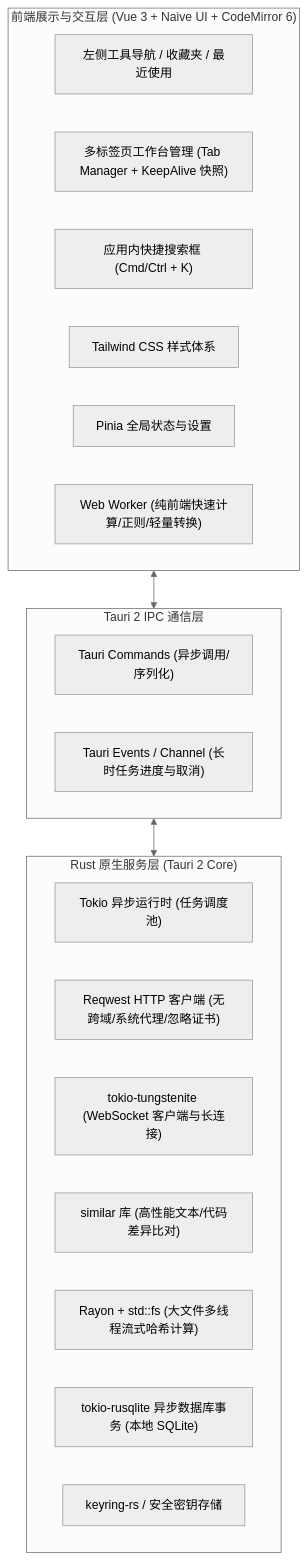
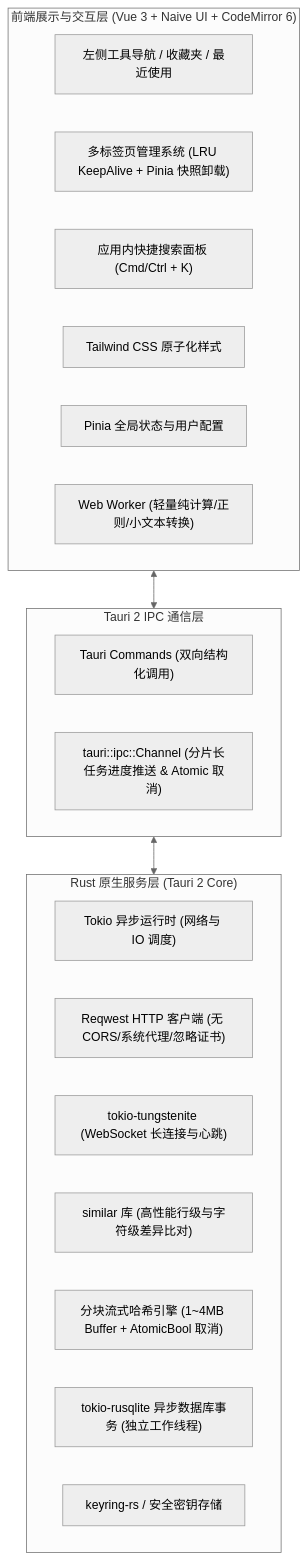
Before and after one commit to nice-buddy/devUtils: the first of 2 diagrams in docs/superpowers/specs/2026-09-22-developer-toolbox-design.md, drawn with Mermaid (neutral theme). The commit also changed other lines of this file, not shown here.

````diff
--- a/docs/superpowers/specs/2026-09-22-developer-toolbox-design.md
+++ b/docs/superpowers/specs/2026-09-22-developer-toolbox-design.md
@@ -40,29 +40,29 @@
 ```mermaid
 flowchart TD
     subgraph Frontend["前端展示与交互层 (Vue 3 + Naive UI + CodeMirror 6)"]
         Sidebar["左侧工具导航 / 收藏夹 / 最近使用"]
-        TabManager["多标签页工作台管理 (Tab Manager + KeepAlive 快照)"]
-        CmdK["应用内快捷搜索框 (Cmd/Ctrl + K)"]
-        Tailwind["Tailwind CSS 样式体系"]
-        PiniaStore["Pinia 全局状态与设置"]
-        WebWorker["Web Worker (纯前端快速计算/正则/轻量转换)"]
+        TabManager["多标签页管理系统 (LRU KeepAlive + Pinia 快照卸载)"]
+        CmdK["应用内快捷搜索面板 (Cmd/Ctrl + K)"]
+        Tailwind["Tailwind CSS 原子化样式"]
+        PiniaStore["Pinia 全局状态与用户配置"]
+        WebWorker["Web Worker (轻量纯计算/正则/小文本转换)"]
     end
 
     subgraph TauriIPC["Tauri 2 IPC 通信层"]
-        InvokeCmd["Tauri Commands (异步调用/序列化)"]
-        EventStream["Tauri Events / Channel (长时任务进度与取消)"]
+        InvokeCmd["Tauri Commands (双向结构化调用)"]
+        EventStream["tauri::ipc::Channel (分片长任务进度推送 & Atomic 取消)"]
     end
 
     subgraph RustBackend["Rust 原生服务层 (Tauri 2 Core)"]
-        TokioTasks["Tokio 异步运行时 (任务调度池)"]
-        ReqwestClient["Reqwest HTTP 客户端 (无跨域/系统代理/忽略证书)"]
-        WSEngine["tokio-tungstenite (WebSocket 客户端与长连接)"]
-        DiffEngine["similar 库 (高性能文本/代码差异比对)"]
-        HashStream["Rayon + std::fs (大文件多线程流式哈希计算)"]
-        DB["tokio-rusqlite 异步数据库事务 (本地 SQLite)"]
+        TokioTasks["Tokio 异步运行时 (网络与 IO 调度)"]
+        ReqwestClient["Reqwest HTTP 客户端 (无 CORS/系统代理/忽略证书)"]
+        WSEngine["tokio-tungstenite (WebSocket 长连接与心跳)"]
+        DiffEngine["similar 库 (高性能行级与字符级差异比对)"]
+        HashEngine["分块流式哈希引擎 (1~4MB Buffer + AtomicBool 取消)"]
+        DB["tokio-rusqlite 异步数据库事务 (独立工作线程)"]
         Keyring["keyring-rs / 安全密钥存储"]
     end
 
     Frontend <--> TauriIPC
     TauriIPC <--> RustBackend
 ```
````
